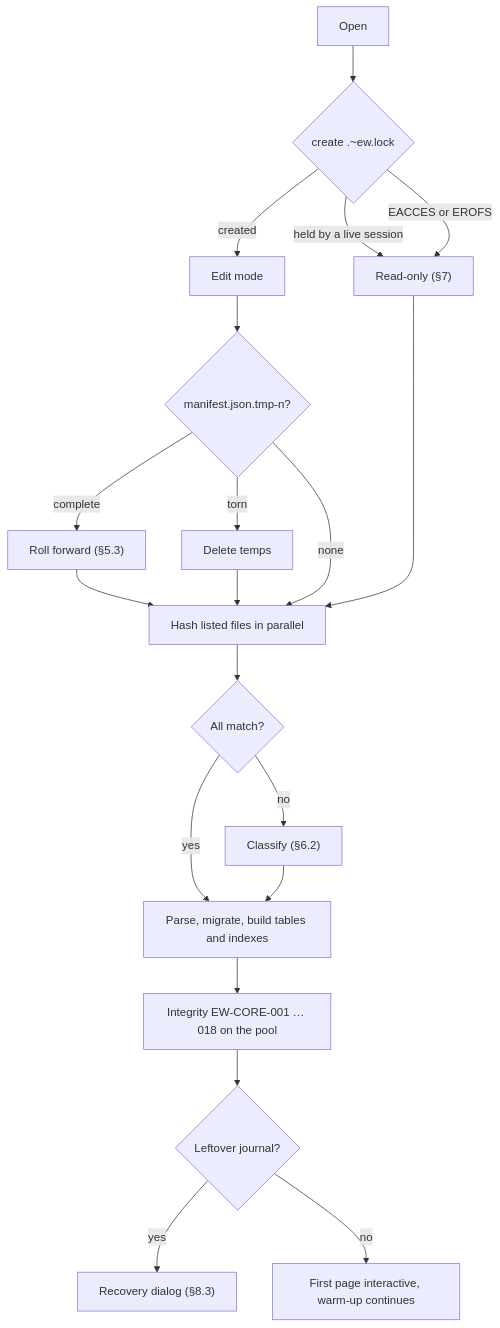
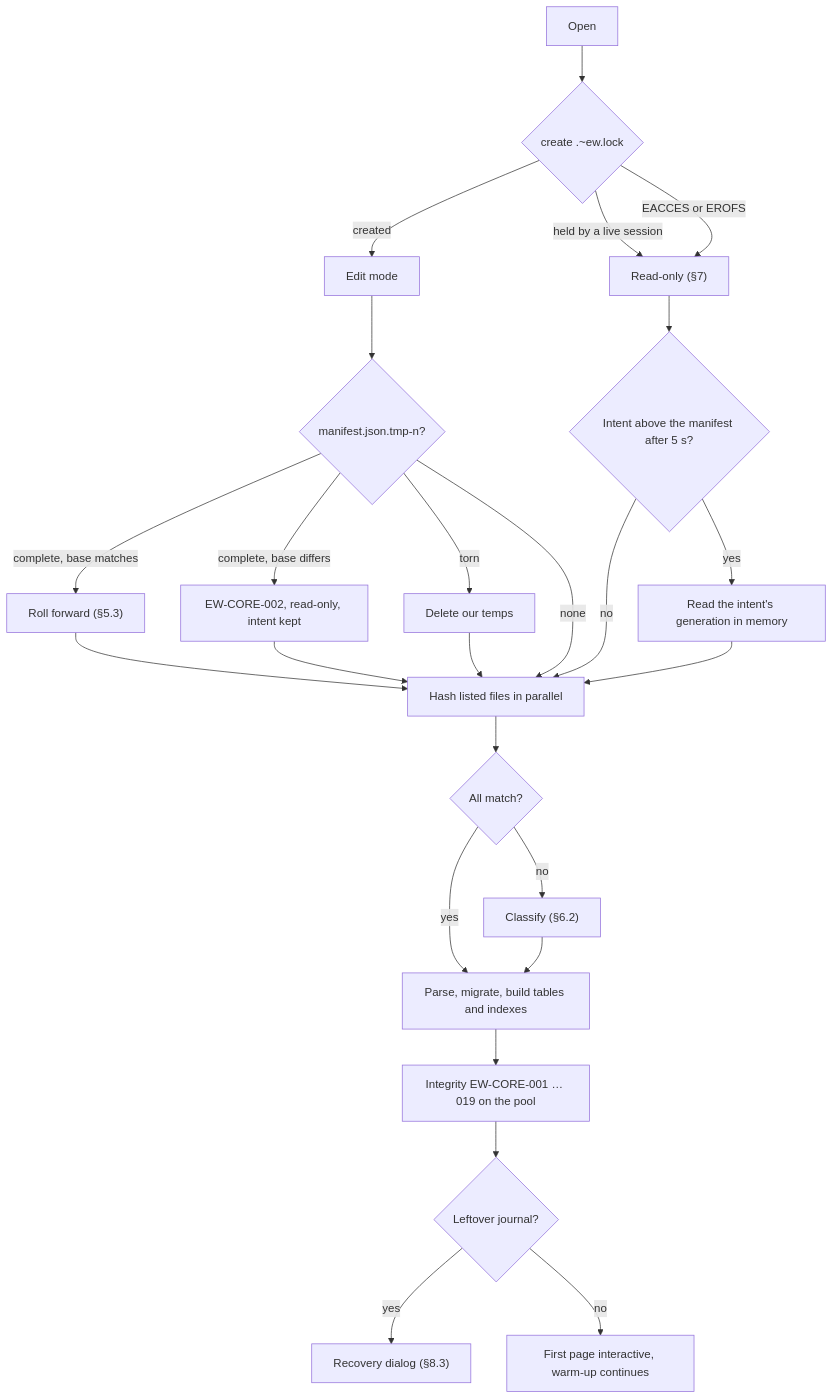
The second of 3 diagrams in docs/design/05-project-format-and-persistence.md (Ironkode787/ElektraWatt), drawn with Mermaid before and after one commit. The commit also changed other lines of this file and 26 other files, not shown here.

````diff
--- a/docs/design/05-project-format-and-persistence.md
+++ b/docs/design/05-project-format-and-persistence.md
@@ -594,19 +661,22 @@
 ```mermaid
 flowchart TD
   S[Open] --> L{"create .~ew.lock"}
   L -- created --> RW[Edit mode]
   L -- "held by a live session" --> RO["Read-only (§7)"]
   L -- "EACCES or EROFS" --> RO
   RW --> T{"manifest.json.tmp-n?"}
-  T -- complete --> F["Roll forward (§5.3)"] --> H
-  T -- torn --> D[Delete temps] --> H
+  T -- "complete, base matches" --> F["Roll forward (§5.3)"] --> H
+  T -- "complete, base differs" --> X["EW-CORE-002, read-only, intent kept"] --> H
+  T -- torn --> D[Delete our temps] --> H
   T -- none --> H["Hash listed files in parallel"]
-  RO --> H
+  RO --> W{"Intent above the manifest after 5 s?"}
+  W -- no --> H
+  W -- yes --> V["Read the intent's generation in memory"] --> H
   H --> M{"All match?"}
   M -- yes --> P["Parse, migrate, build tables and indexes"]
   M -- no --> C["Classify (§6.2)"] --> P
-  P --> I["Integrity EW-CORE-001 … 018 on the pool"]
+  P --> I["Integrity EW-CORE-001 … 019 on the pool"]
   I --> J{"Leftover journal?"}
   J -- yes --> R["Recovery dialog (§8.3)"]
   J -- no --> O["First page interactive, warm-up continues"]
 ```
````
